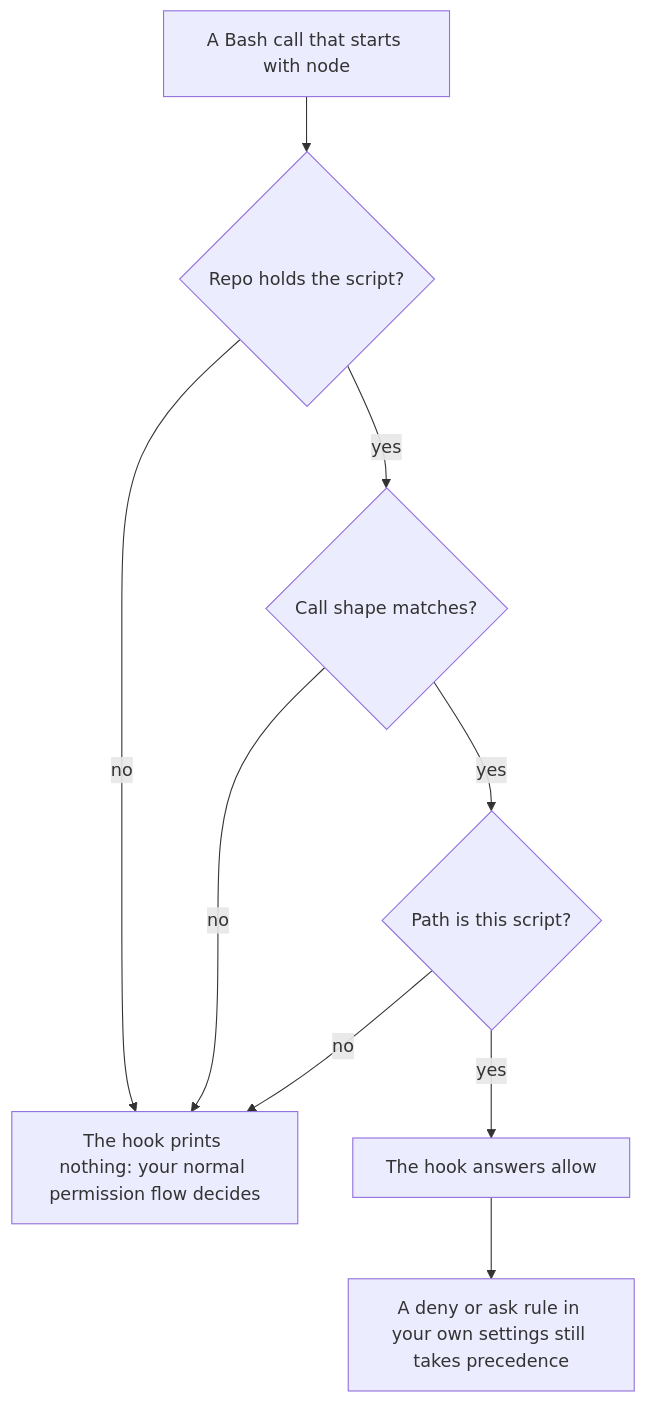
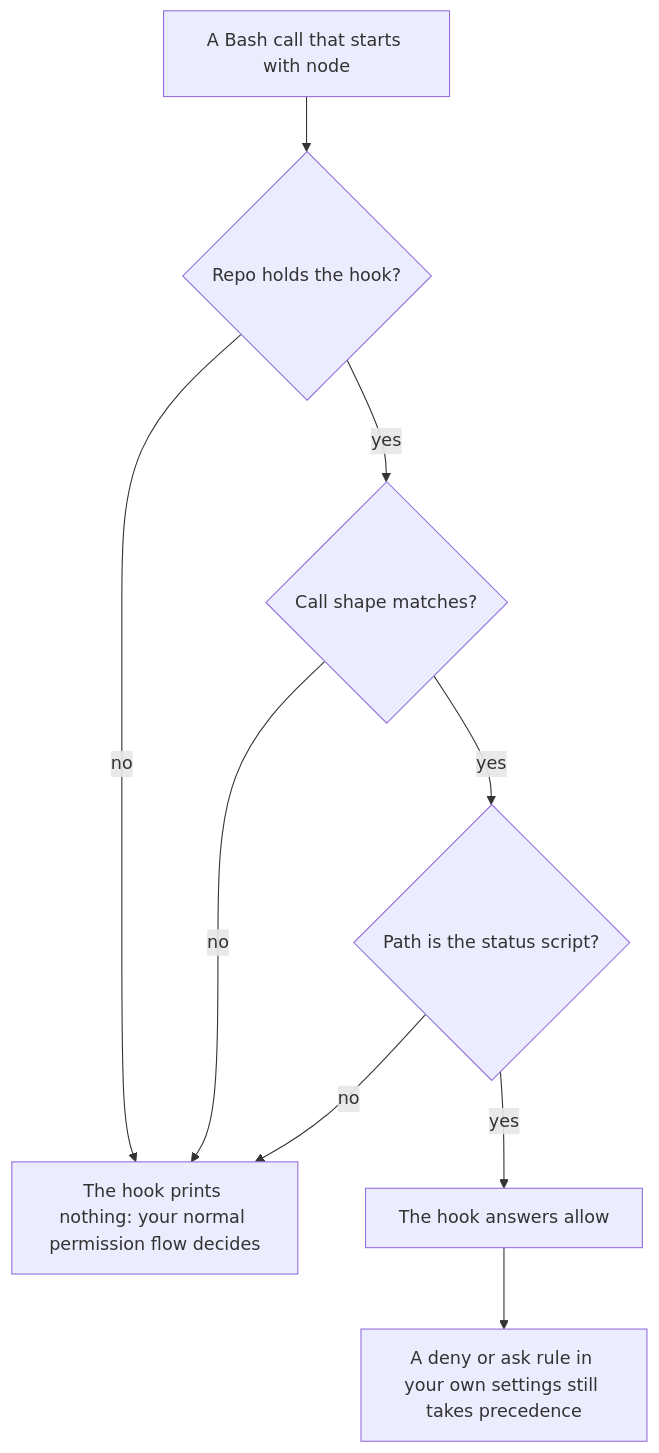
The second of 2 diagrams in docs/how-it-works.md (Siddharth-Khattar/orchestra), drawn with Mermaid before and after one commit. The commit also changed other lines of this file and 27 other files, not shown here.

````diff
--- a/docs/how-it-works.md
+++ b/docs/how-it-works.md
@@ -161,11 +163,11 @@
 ```mermaid
 flowchart TD
-    bash["A Bash call that starts with node"] --> find{"Repo holds the script?"}
+    bash["A Bash call that starts with node"] --> find{"Repo holds the hook?"}
     find -- "no" --> silent["The hook prints nothing: your normal permission flow decides"]
     find -- "yes" --> shape{"Call shape matches?"}
     shape -- "no" --> silent
-    shape -- "yes" --> self{"Path is this script?"}
+    shape -- "yes" --> self{"Path is the status script?"}
     self -- "no" --> silent
     self -- "yes" --> allow["The hook answers allow"]
     allow --> rules["A deny or ask rule in your own settings still takes precedence"]
 ```
````
